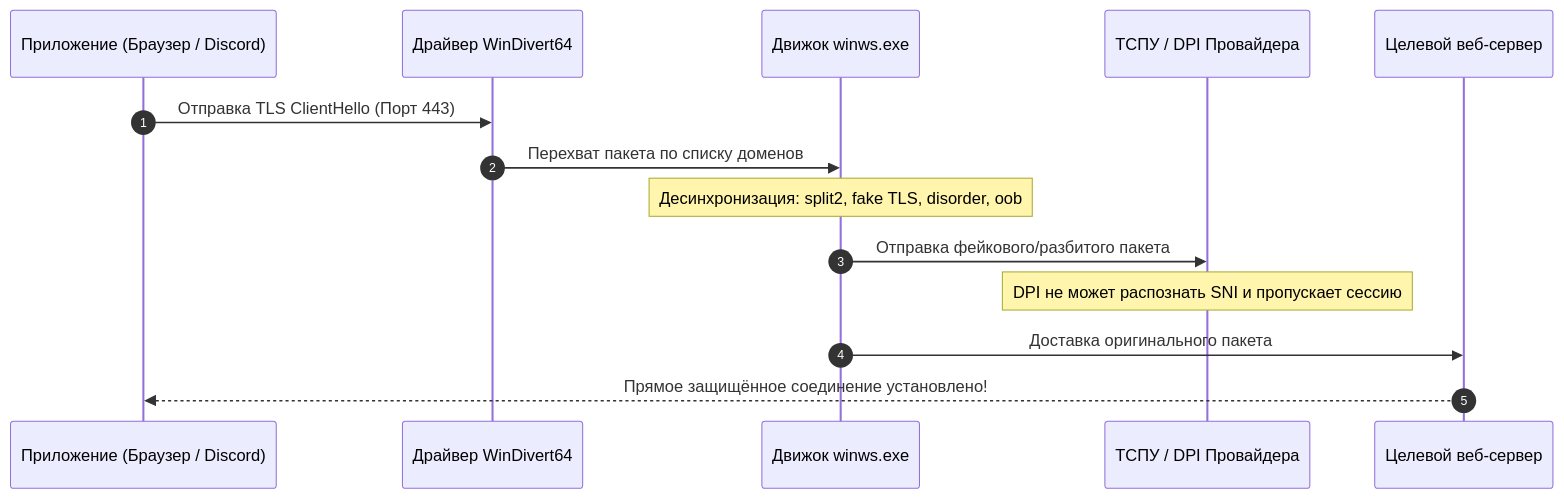
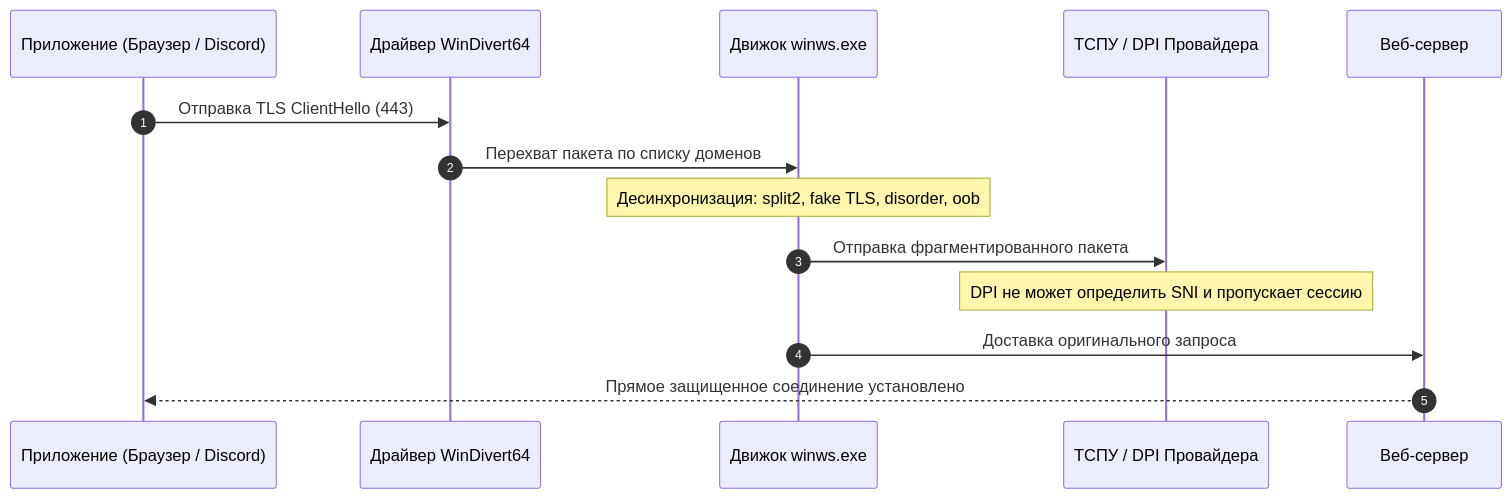
The second of 3 diagrams in README.md (GhosterAI/GhosterNetApp), drawn with Mermaid before and after one commit. The commit also changed other lines of this file, not shown here.

````diff
--- a/README.md
+++ b/README.md
@@ -114,17 +118,17 @@
 ```mermaid
 sequenceDiagram
     autonumber
     participant App as Приложение (Браузер / Discord)
     participant WD as Драйвер WinDivert64
     participant Zapret as Движок winws.exe
     participant ISP as ТСПУ / DPI Провайдера
-    participant Server as Целевой веб-сервер
+    participant Server as Веб-сервер
 
-    App->>WD: Отправка TLS ClientHello (Порт 443)
+    App->>WD: Отправка TLS ClientHello (443)
     WD->>Zapret: Перехват пакета по списку доменов
     Note over Zapret: Десинхронизация: split2, fake TLS, disorder, oob
-    Zapret->>ISP: Отправка фейкового/разбитого пакета
-    Note over ISP: DPI не может распознать SNI и пропускает сессию
-    Zapret->>Server: Доставка оригинального пакета
-    Server-->>App: Прямое защищённое соединение установлено!
+    Zapret->>ISP: Отправка фрагментированного пакета
+    Note over ISP: DPI не может определить SNI и пропускает сессию
+    Zapret->>Server: Доставка оригинального запроса
+    Server-->>App: Прямое защищенное соединение установлено
 ```
````
